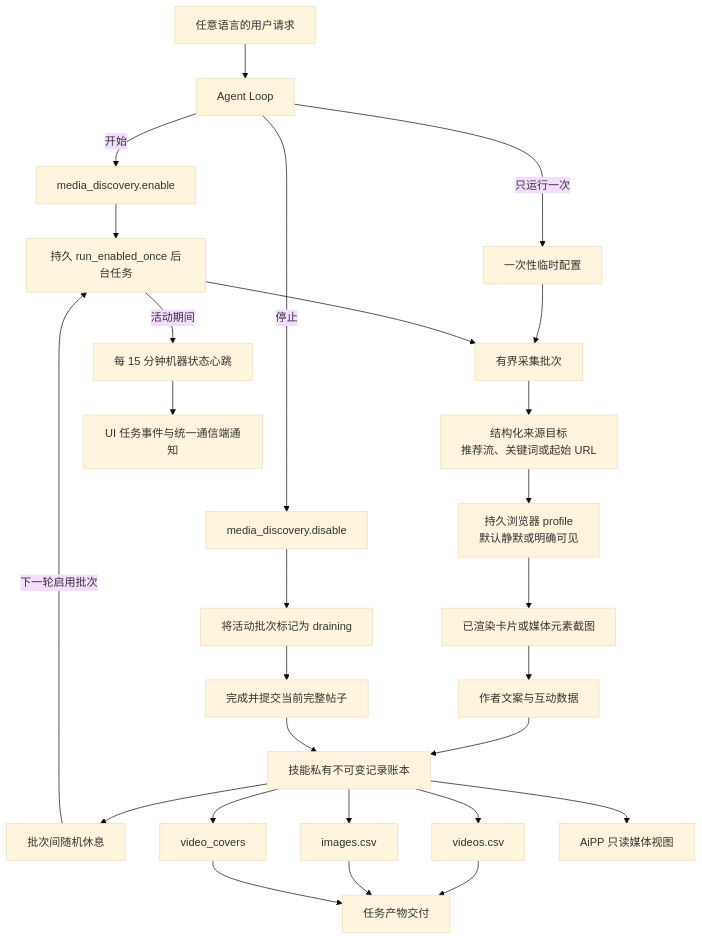
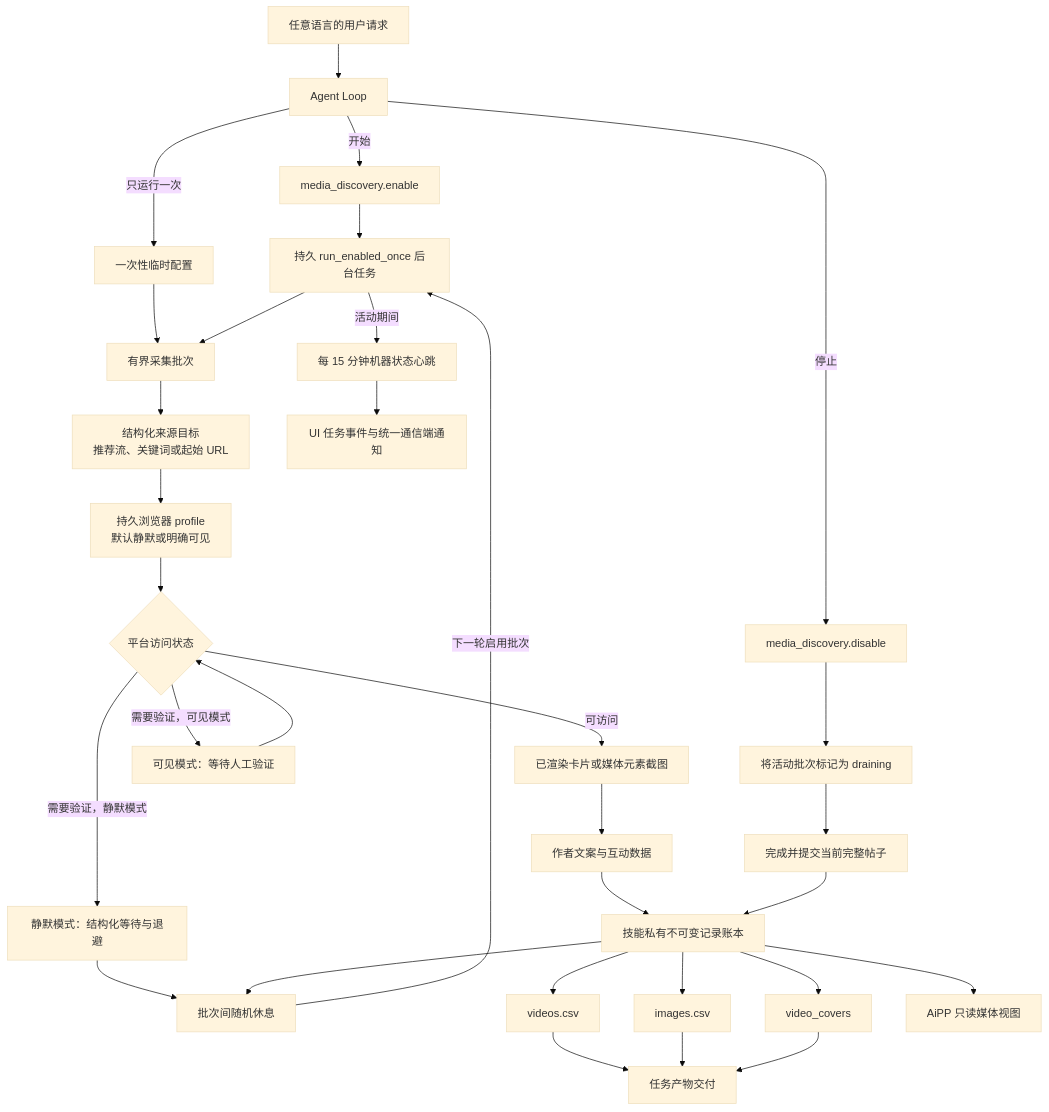
One commit to MatrixCoreX/RustClaw changed the diagram in docs/architecture/12-media-discovery.zh-CN.md. Above: the diagram before and after it, drawn with Mermaid (base theme). The commit also changed other lines of this file and 14 other files, not shown here.

````diff
--- a/docs/architecture/12-media-discovery.zh-CN.md
+++ b/docs/architecture/12-media-discovery.zh-CN.md
@@ -45,40 +49,46 @@
 ```mermaid
 flowchart TD
     U[任意语言的用户请求]
     A[Agent Loop]
     E[media_discovery.enable]
     X[media_discovery.disable]
     R[持久 run_enabled_once 后台任务]
     RB[有界采集批次]
     Z[批次间随机休息]
     W[一次性临时配置]
     T[结构化来源目标<br/>推荐流、关键词或起始 URL]
     G[将活动批次标记为 draining]
     P[完成并提交当前完整帖子]
     B[持久浏览器 profile<br/>默认静默或明确可见]
+    Q{平台访问状态}
+    M[可见模式：等待人工验证]
+    K[静默模式：结构化等待与退避]
     C[已渲染卡片或媒体元素截图]
     O[作者文案与互动数据]
     L[技能私有不可变记录账本]
     V[videos.csv]
     I[images.csv]
     F[video_covers]
     D[任务产物交付]
     H[每 15 分钟机器状态心跳]
     N[UI 任务事件与统一通信端通知]
     AP[AiPP 只读媒体视图]
 
     U --> A
     A -->|开始| E
     E --> R
     A -->|只运行一次| W --> RB
     R --> RB
-    RB --> T --> B --> C --> O --> L
+    RB --> T --> B --> Q
+    Q -->|可访问| C --> O --> L
+    Q -->|需要验证，可见模式| M --> Q
+    Q -->|需要验证，静默模式| K --> Z
     L --> Z -->|下一轮启用批次| R
     R -->|活动期间| H --> N
     A -->|停止| X
     X --> G --> P --> L
     L --> V --> D
     L --> I --> D
     L --> F --> D
     L --> AP
 ```
````
